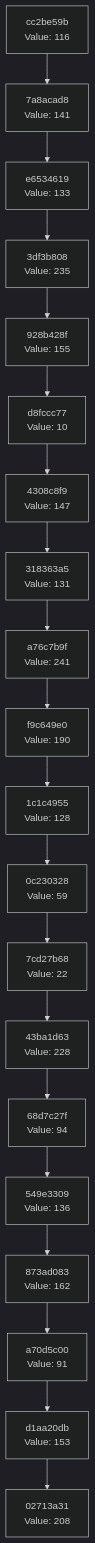
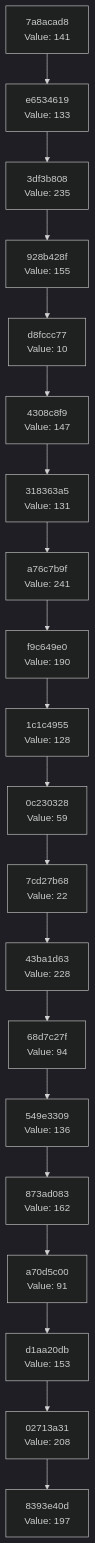
The diagram in docs/CHAIN_VISUALIZATION.md (Abhisheksinha1506/hash-chain-evolver), drawn with Mermaid (dark theme) before and after one commit. The commit also changed 2 other files, not shown here.

Commit message:
Evolution Step

````diff
--- a/docs/CHAIN_VISUALIZATION.md
+++ b/docs/CHAIN_VISUALIZATION.md
@@ -3,42 +3,42 @@
 ```mermaid
 graph TD
-    C0["02713a31<br/>Value: 208"]
-    C1["d1aa20db<br/>Value: 153"]
+    C0["8393e40d<br/>Value: 197"]
+    C1["02713a31<br/>Value: 208"]
     C1 --> C0
-    C2["a70d5c00<br/>Value: 91"]
+    C2["d1aa20db<br/>Value: 153"]
     C2 --> C1
-    C3["873ad083<br/>Value: 162"]
+    C3["a70d5c00<br/>Value: 91"]
     C3 --> C2
-    C4["549e3309<br/>Value: 136"]
+    C4["873ad083<br/>Value: 162"]
     C4 --> C3
-    C5["68d7c27f<br/>Value: 94"]
+    C5["549e3309<br/>Value: 136"]
     C5 --> C4
-    C6["43ba1d63<br/>Value: 228"]
+    C6["68d7c27f<br/>Value: 94"]
     C6 --> C5
-    C7["7cd27b68<br/>Value: 22"]
+    C7["43ba1d63<br/>Value: 228"]
     C7 --> C6
-    C8["0c230328<br/>Value: 59"]
+    C8["7cd27b68<br/>Value: 22"]
     C8 --> C7
-    C9["1c1c4955<br/>Value: 128"]
+    C9["0c230328<br/>Value: 59"]
     C9 --> C8
-    C10["f9c649e0<br/>Value: 190"]
+    C10["1c1c4955<br/>Value: 128"]
     C10 --> C9
-    C11["a76c7b9f<br/>Value: 241"]
+    C11["f9c649e0<br/>Value: 190"]
     C11 --> C10
-    C12["318363a5<br/>Value: 131"]
+    C12["a76c7b9f<br/>Value: 241"]
     C12 --> C11
-    C13["4308c8f9<br/>Value: 147"]
+    C13["318363a5<br/>Value: 131"]
     C13 --> C12
-    C14["d8fccc77<br/>Value: 10"]
+    C14["4308c8f9<br/>Value: 147"]
     C14 --> C13
-    C15["928b428f<br/>Value: 155"]
+    C15["d8fccc77<br/>Value: 10"]
     C15 --> C14
-    C16["3df3b808<br/>Value: 235"]
+    C16["928b428f<br/>Value: 155"]
     C16 --> C15
-    C17["e6534619<br/>Value: 133"]
+    C17["3df3b808<br/>Value: 235"]
     C17 --> C16
-    C18["7a8acad8<br/>Value: 141"]
+    C18["e6534619<br/>Value: 133"]
     C18 --> C17
-    C19["cc2be59b<br/>Value: 116"]
+    C19["7a8acad8<br/>Value: 141"]
     C19 --> C18
 ```
````
